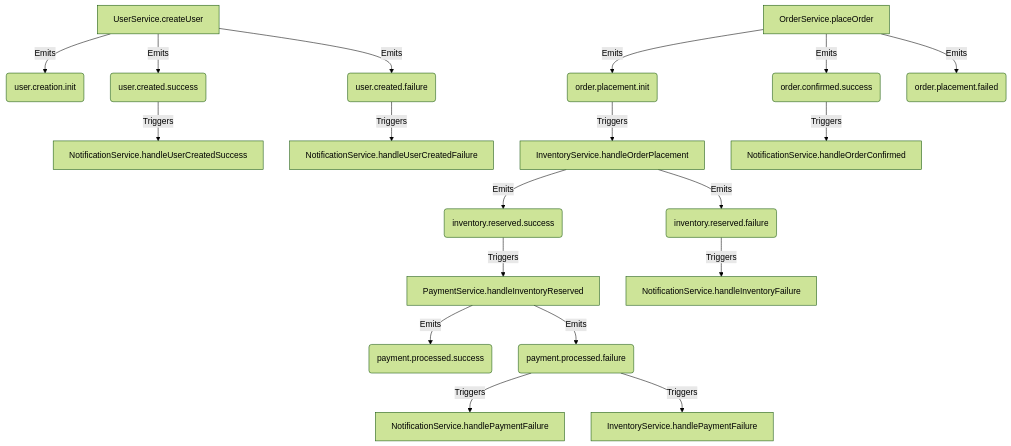
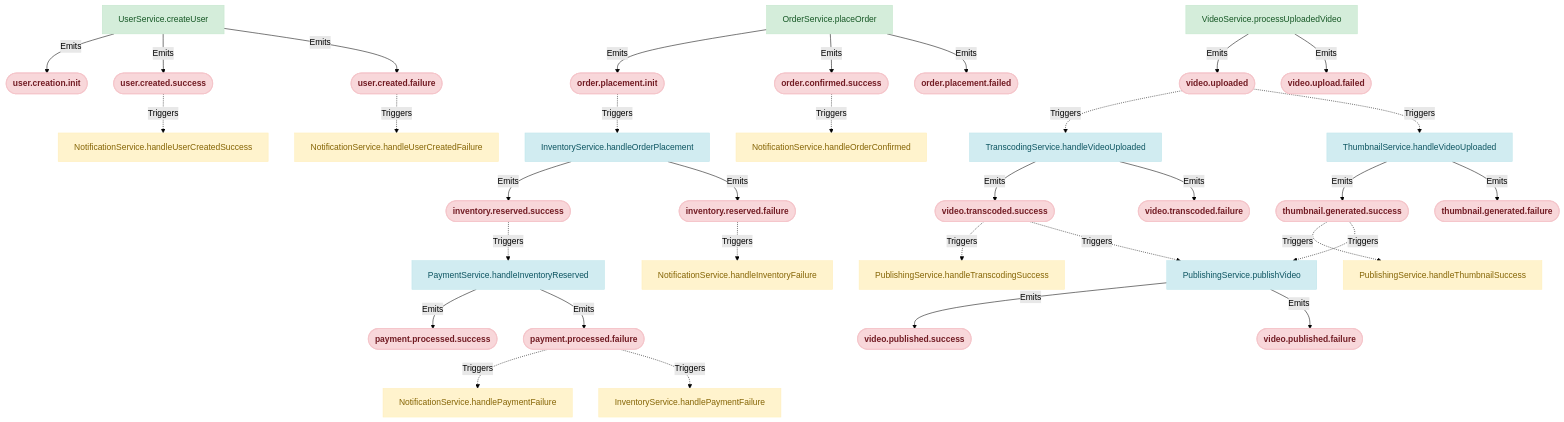
The diagram in docs/generated/EVENT_FLOW.md (skapxd/nest-saga-events), drawn with Mermaid (forest theme) before and after one commit. The commit also changed 18 other files, not shown here.

````diff
--- a/docs/generated/EVENT_FLOW.md
+++ b/docs/generated/EVENT_FLOW.md
@@ -5,51 +5,81 @@
 ```mermaid
 graph TD;
 
-    N0_UserService_createUser["UserService.createUser"]
-    N0_UserService_createUser["UserService.createUser"]
-    N0_UserService_createUser["UserService.createUser"]
-    N1_OrderService_placeOrder["OrderService.placeOrder"]
-    N1_OrderService_placeOrder["OrderService.placeOrder"]
-    N1_OrderService_placeOrder["OrderService.placeOrder"]
-    N2_InventoryService_handleOrderPlacement["InventoryService.handleOrderPlacement"]
-    N2_InventoryService_handleOrderPlacement["InventoryService.handleOrderPlacement"]
-    N3_PaymentService_handleInventoryReserved["PaymentService.handleInventoryReserved"]
-    N3_PaymentService_handleInventoryReserved["PaymentService.handleInventoryReserved"]
-    N4_NotificationService_handleUserCreatedSuccess["NotificationService.handleUserCreatedSuccess"]
-    N5_NotificationService_handleUserCreatedFailure["NotificationService.handleUserCreatedFailure"]
-    N6_NotificationService_handleOrderConfirmed["NotificationService.handleOrderConfirmed"]
-    N7_NotificationService_handleInventoryFailure["NotificationService.handleInventoryFailure"]
-    N8_NotificationService_handlePaymentFailure["NotificationService.handlePaymentFailure"]
-    N2_InventoryService_handleOrderPlacement["InventoryService.handleOrderPlacement"]
-    N9_InventoryService_handlePaymentFailure["InventoryService.handlePaymentFailure"]
-    N3_PaymentService_handleInventoryReserved["PaymentService.handleInventoryReserved"]
-    N10_user_creation_init("user.creation.init")
-    N11_user_created_success("user.created.success")
-    N12_user_created_failure("user.created.failure")
-    N13_order_placement_init("order.placement.init")
-    N14_order_confirmed_success("order.confirmed.success")
-    N15_order_placement_failed("order.placement.failed")
-    N16_inventory_reserved_success("inventory.reserved.success")
-    N17_inventory_reserved_failure("inventory.reserved.failure")
-    N18_payment_processed_success("payment.processed.success")
-    N19_payment_processed_failure("payment.processed.failure")
+    classDef emitterStyle fill:#d4edda,stroke:#c3e6cb,color:#155724
+    classDef handlerStyle fill:#d1ecf1,stroke:#bee5eb,color:#0c5460
+    classDef listenerStyle fill:#fff3cd,stroke:#ffeeba,color:#856404
+    classDef eventStyle fill:#f8d7da,stroke:#f5c6cb,color:#721c24,stroke-width:2px,font-weight:bold
 
-    N0_UserService_createUser -- Emits --> N10_user_creation_init
-    N0_UserService_createUser -- Emits --> N11_user_created_success
-    N0_UserService_createUser -- Emits --> N12_user_created_failure
-    N1_OrderService_placeOrder -- Emits --> N13_order_placement_init
-    N1_OrderService_placeOrder -- Emits --> N14_order_confirmed_success
-    N1_OrderService_placeOrder -- Emits --> N15_order_placement_failed
-    N2_InventoryService_handleOrderPlacement -- Emits --> N16_inventory_reserved_success
-    N2_InventoryService_handleOrderPlacement -- Emits --> N17_inventory_reserved_failure
-    N3_PaymentService_handleInventoryReserved -- Emits --> N18_payment_processed_success
-    N3_PaymentService_handleInventoryReserved -- Emits --> N19_payment_processed_failure
-    N11_user_created_success -- Triggers --> N4_NotificationService_handleUserCreatedSuccess
-    N12_user_created_failure -- Triggers --> N5_NotificationService_handleUserCreatedFailure
-    N14_order_confirmed_success -- Triggers --> N6_NotificationService_handleOrderConfirmed
-    N17_inventory_reserved_failure -- Triggers --> N7_NotificationService_handleInventoryFailure
-    N19_payment_processed_failure -- Triggers --> N8_NotificationService_handlePaymentFailure
-    N13_order_placement_init -- Triggers --> N2_InventoryService_handleOrderPlacement
-    N19_payment_processed_failure -- Triggers --> N9_InventoryService_handlePaymentFailure
-    N16_inventory_reserved_success -- Triggers --> N3_PaymentService_handleInventoryReserved
+    N0_UserService.createUser["UserService.createUser"]
+    N1_OrderService.placeOrder["OrderService.placeOrder"]
+    N2_InventoryService.handleOrderPlacement["InventoryService.handleOrderPlacement"]
+    N3_PaymentService.handleInventoryReserved["PaymentService.handleInventoryReserved"]
+    N4_VideoService.processUploadedVideo["VideoService.processUploadedVideo"]
+    N5_TranscodingService.handleVideoUploaded["TranscodingService.handleVideoUploaded"]
+    N6_ThumbnailService.handleVideoUploaded["ThumbnailService.handleVideoUploaded"]
+    N7_PublishingService.publishVideo["PublishingService.publishVideo"]
+    N8_NotificationService.handleUserCreatedSuccess["NotificationService.handleUserCreatedSuccess"]
+    N9_NotificationService.handleUserCreatedFailure["NotificationService.handleUserCreatedFailure"]
+    N10_NotificationService.handleOrderConfirmed["NotificationService.handleOrderConfirmed"]
+    N11_NotificationService.handleInventoryFailure["NotificationService.handleInventoryFailure"]
+    N12_NotificationService.handlePaymentFailure["NotificationService.handlePaymentFailure"]
+    N13_InventoryService.handlePaymentFailure["InventoryService.handlePaymentFailure"]
+    N14_PublishingService.handleTranscodingSuccess["PublishingService.handleTranscodingSuccess"]
+    N15_PublishingService.handleThumbnailSuccess["PublishingService.handleThumbnailSuccess"]
+    N16_user.creation.init(["user.creation.init"])
+    N17_user.created.success(["user.created.success"])
+    N18_user.created.failure(["user.created.failure"])
+    N19_order.placement.init(["order.placement.init"])
+    N20_order.confirmed.success(["order.confirmed.success"])
+    N21_order.placement.failed(["order.placement.failed"])
+    N22_inventory.reserved.success(["inventory.reserved.success"])
+    N23_inventory.reserved.failure(["inventory.reserved.failure"])
+    N24_payment.processed.success(["payment.processed.success"])
+    N25_payment.processed.failure(["payment.processed.failure"])
+    N26_video.uploaded(["video.uploaded"])
+    N27_video.upload.failed(["video.upload.failed"])
+    N28_video.transcoded.success(["video.transcoded.success"])
+    N29_video.transcoded.failure(["video.transcoded.failure"])
+    N30_thumbnail.generated.success(["thumbnail.generated.success"])
+    N31_thumbnail.generated.failure(["thumbnail.generated.failure"])
+    N32_video.published.success(["video.published.success"])
+    N33_video.published.failure(["video.published.failure"])
+
+    N0_UserService.createUser -- Emits --> N16_user.creation.init
+    N0_UserService.createUser -- Emits --> N17_user.created.success
+    N0_UserService.createUser -- Emits --> N18_user.created.failure
+    N1_OrderService.placeOrder -- Emits --> N19_order.placement.init
+    N1_OrderService.placeOrder -- Emits --> N20_order.confirmed.success
+    N1_OrderService.placeOrder -- Emits --> N21_order.placement.failed
+    N2_InventoryService.handleOrderPlacement -- Emits --> N22_inventory.reserved.success
+    N2_InventoryService.handleOrderPlacement -- Emits --> N23_inventory.reserved.failure
+    N3_PaymentService.handleInventoryReserved -- Emits --> N24_payment.processed.success
+    N3_PaymentService.handleInventoryReserved -- Emits --> N25_payment.processed.failure
+    N4_VideoService.processUploadedVideo -- Emits --> N26_video.uploaded
+    N4_VideoService.processUploadedVideo -- Emits --> N27_video.upload.failed
+    N5_TranscodingService.handleVideoUploaded -- Emits --> N28_video.transcoded.success
+    N5_TranscodingService.handleVideoUploaded -- Emits --> N29_video.transcoded.failure
+    N6_ThumbnailService.handleVideoUploaded -- Emits --> N30_thumbnail.generated.success
+    N6_ThumbnailService.handleVideoUploaded -- Emits --> N31_thumbnail.generated.failure
+    N7_PublishingService.publishVideo -- Emits --> N32_video.published.success
+    N7_PublishingService.publishVideo -- Emits --> N33_video.published.failure
+    N17_user.created.success -. Triggers .-> N8_NotificationService.handleUserCreatedSuccess
+    N18_user.created.failure -. Triggers .-> N9_NotificationService.handleUserCreatedFailure
+    N20_order.confirmed.success -. Triggers .-> N10_NotificationService.handleOrderConfirmed
+    N23_inventory.reserved.failure -. Triggers .-> N11_NotificationService.handleInventoryFailure
+    N25_payment.processed.failure -. Triggers .-> N12_NotificationService.handlePaymentFailure
+    N19_order.placement.init -. Triggers .-> N2_InventoryService.handleOrderPlacement
+    N25_payment.processed.failure -. Triggers .-> N13_InventoryService.handlePaymentFailure
+    N22_inventory.reserved.success -. Triggers .-> N3_PaymentService.handleInventoryReserved
+    N26_video.uploaded -. Triggers .-> N5_TranscodingService.handleVideoUploaded
+    N26_video.uploaded -. Triggers .-> N6_ThumbnailService.handleVideoUploaded
+    N28_video.transcoded.success -. Triggers .-> N14_PublishingService.handleTranscodingSuccess
+    N30_thumbnail.generated.success -. Triggers .-> N15_PublishingService.handleThumbnailSuccess
+    N30_thumbnail.generated.success -. Triggers .-> N7_PublishingService.publishVideo
+    N28_video.transcoded.success -. Triggers .-> N7_PublishingService.publishVideo
+
+    class N0_UserService.createUser,N1_OrderService.placeOrder,N4_VideoService.processUploadedVideo emitterStyle
+    class N2_InventoryService.handleOrderPlacement,N3_PaymentService.handleInventoryReserved,N5_TranscodingService.handleVideoUploaded,N6_ThumbnailService.handleVideoUploaded,N7_PublishingService.publishVideo handlerStyle
+    class N8_NotificationService.handleUserCreatedSuccess,N9_NotificationService.handleUserCreatedFailure,N10_NotificationService.handleOrderConfirmed,N11_NotificationService.handleInventoryFailure,N12_NotificationService.handlePaymentFailure,N13_InventoryService.handlePaymentFailure,N14_PublishingService.handleTranscodingSuccess,N15_PublishingService.handleThumbnailSuccess listenerStyle
+    class N16_user.creation.init,N17_user.created.success,N18_user.created.failure,N19_order.placement.init,N20_order.confirmed.success,N21_order.placement.failed,N22_inventory.reserved.success,N23_inventory.reserved.failure,N24_payment.processed.success,N25_payment.processed.failure,N26_video.uploaded,N27_video.upload.failed,N28_video.transcoded.success,N29_video.transcoded.failure,N30_thumbnail.generated.success,N31_thumbnail.generated.failure,N32_video.published.success,N33_video.published.failure eventStyle
 ```
````
